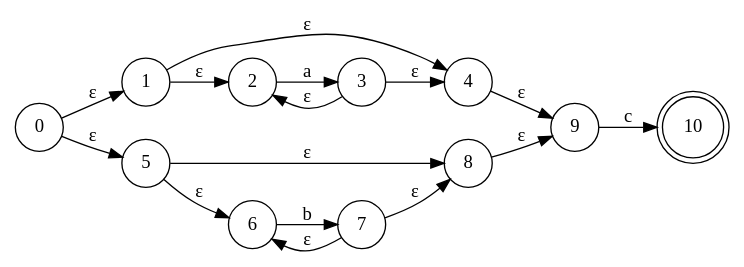
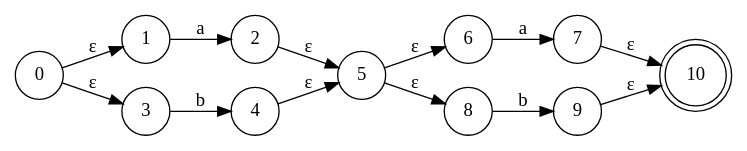
One commit to JoseGon20335/labC-lenguajes changed the diagram in results/AFN.gv. Above: the diagram before and after it, drawn with Graphviz. The commit also changed 6 other files, not shown here.

```diff
--- a/results/AFN.gv
+++ b/results/AFN.gv
@@ -1,30 +1,27 @@
 // resultado
 digraph "results/AFN" {
 	graph [rankdir=LR]
-	3059231429520 [label=0 shape=circle]
-	3059231429232 [label=1 shape=circle]
-	3059231429952 [label=4 shape=circle]
-	3059231429568 [label=2 shape=circle]
-	3059231429664 [label=3 shape=circle]
-	3059231428608 [label=5 shape=circle]
-	3059231430432 [label=8 shape=circle]
-	3059231427744 [label=6 shape=circle]
-	3059231428656 [label=7 shape=circle]
-	3059231427504 [label=9 shape=circle]
-	3059231431104 [label=10 shape=doublecircle]
-	3059231429520 -> 3059231429232 [label="ε"]
-	3059231429520 -> 3059231428608 [label="ε"]
-	3059231429232 -> 3059231429568 [label="ε"]
-	3059231429232 -> 3059231429952 [label="ε"]
-	3059231429952 -> 3059231427504 [label="ε"]
-	3059231429568 -> 3059231429664 [label=a]
-	3059231429664 -> 3059231429952 [label="ε"]
-	3059231429664 -> 3059231429568 [label="ε"]
-	3059231428608 -> 3059231427744 [label="ε"]
-	3059231428608 -> 3059231430432 [label="ε"]
-	3059231430432 -> 3059231427504 [label="ε"]
-	3059231427744 -> 3059231428656 [label=b]
-	3059231428656 -> 3059231430432 [label="ε"]
-	3059231428656 -> 3059231427744 [label="ε"]
-	3059231427504 -> 3059231431104 [label=c]
+	2674886233824 [label=0 shape=circle]
+	2674886234736 [label=1 shape=circle]
+	2674886236896 [label=2 shape=circle]
+	2674886235648 [label=3 shape=circle]
+	2674886237568 [label=4 shape=circle]
+	2674886233392 [label=5 shape=circle]
+	2674886239104 [label=10 shape=doublecircle]
+	2674886238240 [label=6 shape=circle]
+	2674886238336 [label=7 shape=circle]
+	2674886238720 [label=8 shape=circle]
+	2674886238816 [label=9 shape=circle]
+	2674886233824 -> 2674886234736 [label="ε"]
+	2674886233824 -> 2674886235648 [label="ε"]
+	2674886234736 -> 2674886236896 [label=a]
+	2674886236896 -> 2674886233392 [label="ε"]
+	2674886235648 -> 2674886237568 [label=b]
+	2674886237568 -> 2674886233392 [label="ε"]
+	2674886233392 -> 2674886238240 [label="ε"]
+	2674886233392 -> 2674886238720 [label="ε"]
+	2674886238240 -> 2674886238336 [label=a]
+	2674886238336 -> 2674886239104 [label="ε"]
+	2674886238720 -> 2674886238816 [label=b]
+	2674886238816 -> 2674886239104 [label="ε"]
 }
```
